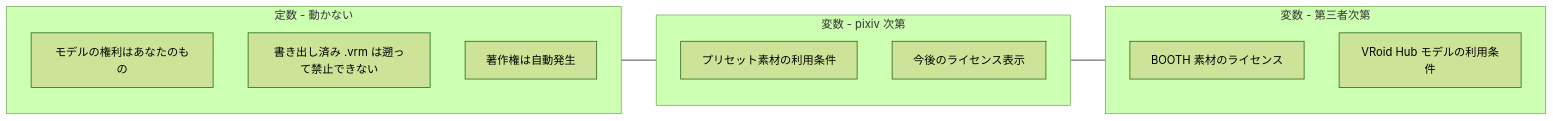
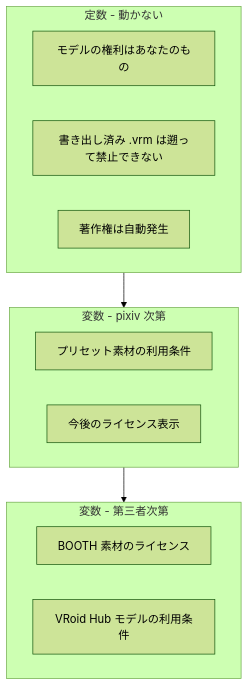
Before and after one commit to O6lvl4/O6lvl4-knowledge: the first of 7 diagrams in vault/vroid-studio-license.md, drawn with Mermaid (forest theme).

Commit message:
Fix mermaid: LR to TB so subgraphs stack vertically

````diff
--- a/vault/vroid-studio-license.md
+++ b/vault/vroid-studio-license.md
@@ -10,20 +10,20 @@
 ```mermaid
-flowchart LR
+flowchart TB
     subgraph const["定数 - 動かない"]
         C1["モデルの権利はあなたのもの"]
         C2["書き出し済み .vrm は遡って禁止できない"]
         C3["著作権は自動発生"]
     end
 
     subgraph var["変数 - pixiv 次第"]
         V1["プリセット素材の利用条件"]
         V2["今後のライセンス表示"]
     end
 
     subgraph third["変数 - 第三者次第"]
         T1["BOOTH 素材のライセンス"]
         T2["VRoid Hub モデルの利用条件"]
     end
 
-    const --- var --- third
+    const --> var --> third
 ```
````
